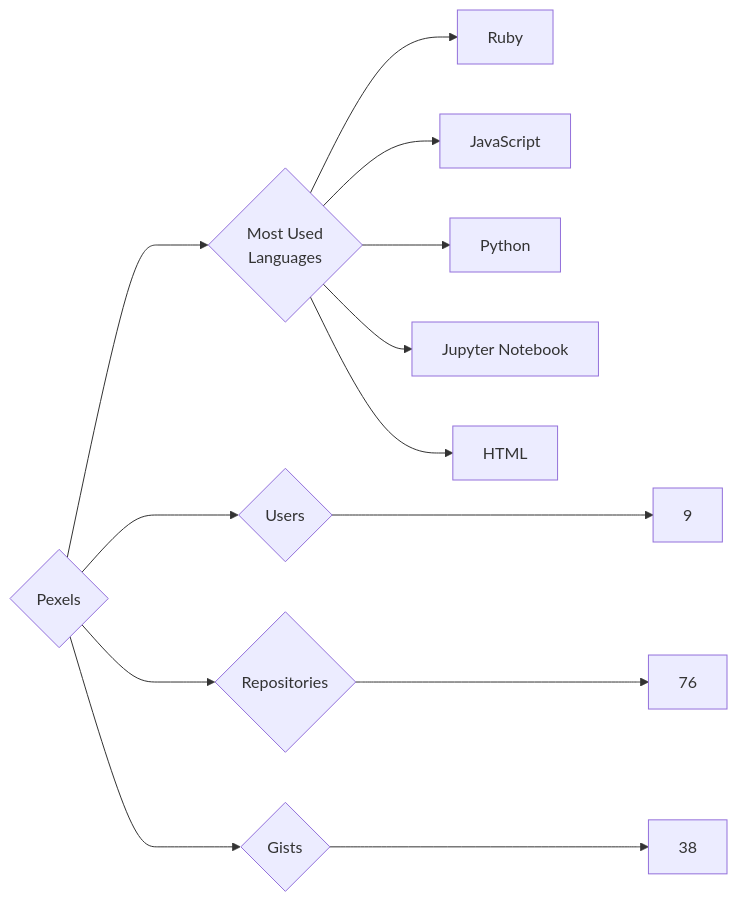
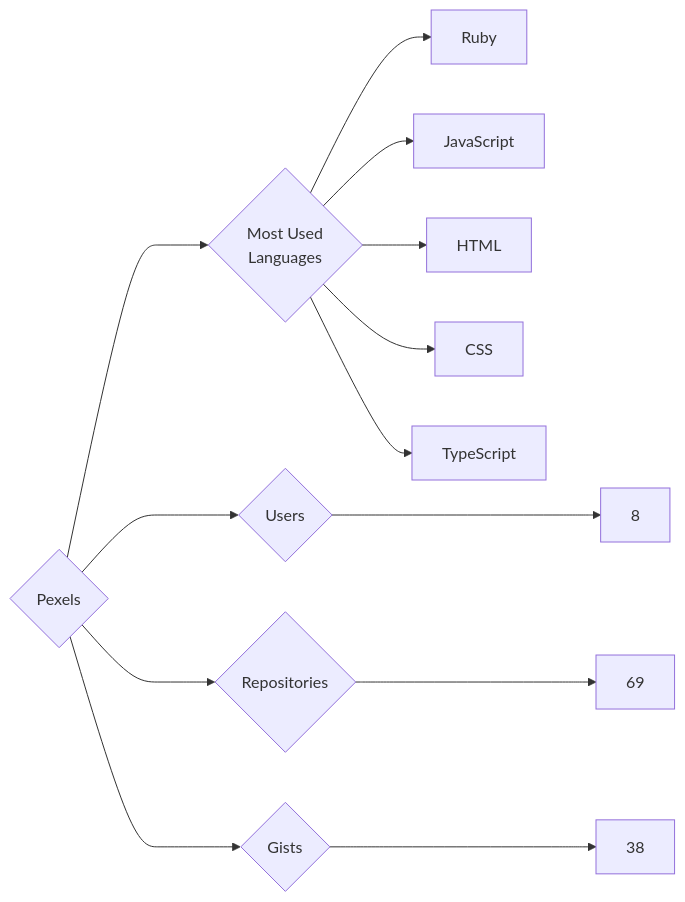
One commit to trickest/insiders changed the diagram in targets/Pexels/README.md. Above: the diagram before and after it, drawn with Mermaid. The commit also changed 1011 other files, not shown here.

````diff
--- a/targets/Pexels/README.md
+++ b/targets/Pexels/README.md
@@ -3,13 +3,13 @@
 ```mermaid
 graph LR
 COMPANY_NAME{Pexels}
-COMPANY_NAME ---> U{Users} ---> UN[9]
-COMPANY_NAME ---> R{Repositories} ---> RN[76]
+COMPANY_NAME ---> U{Users} ---> UN[8]
+COMPANY_NAME ---> R{Repositories} ---> RN[69]
 COMPANY_NAME ---> G{Gists} ---> GN[38]
 COMPANY_NAME ---> ML{Most Used<br>Languages}
 ML --> Ruby[Ruby]
 ML --> JavaScript[JavaScript]
-ML --> Python[Python]
-ML --> Jupyter_Notebook[Jupyter Notebook]
 ML --> HTML[HTML]
+ML --> CSS[CSS]
+ML --> TypeScript[TypeScript]
 ```
````
